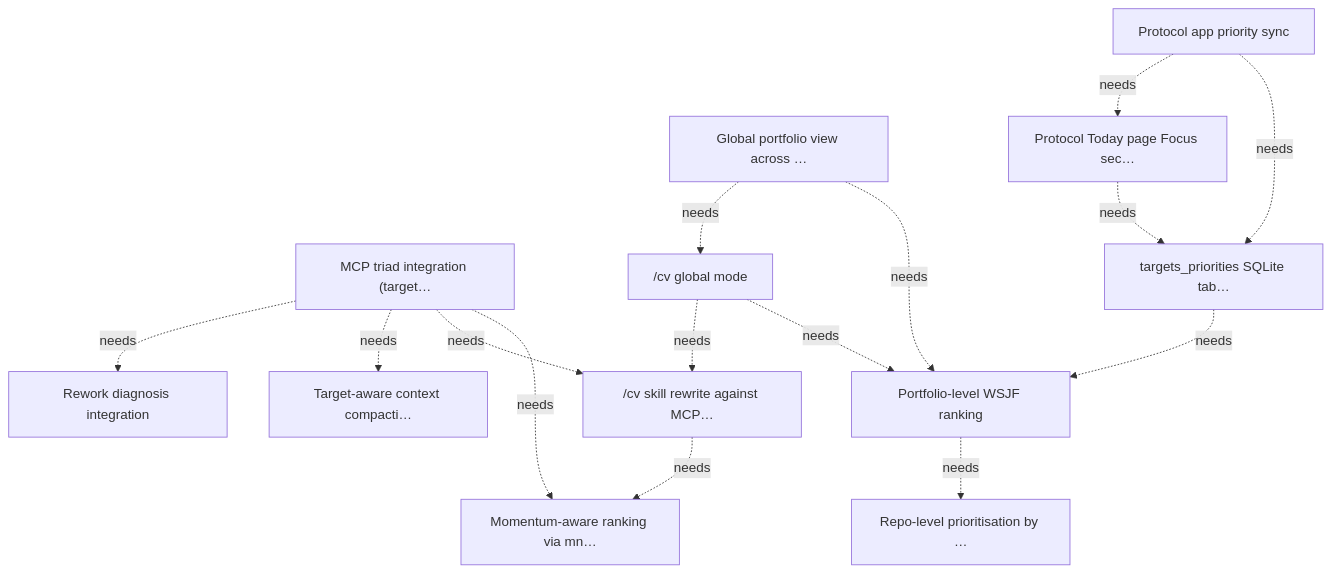
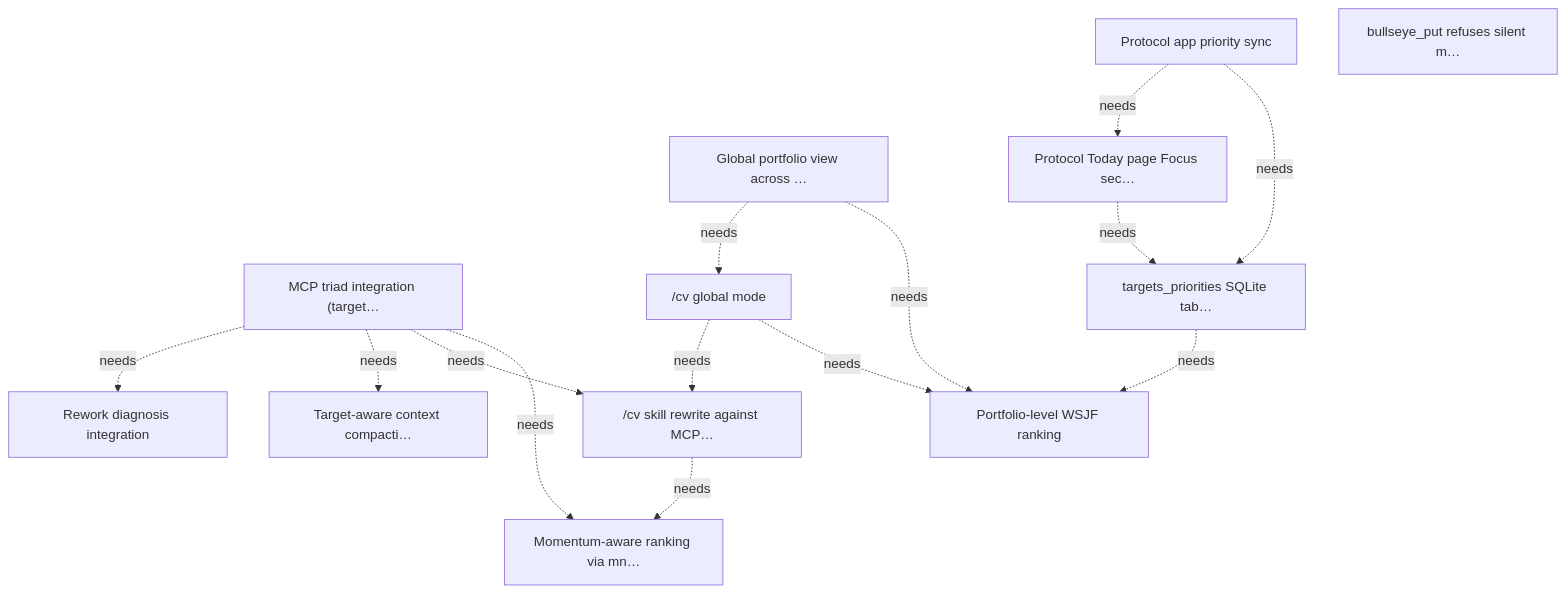
Before and after one commit to marcelocantos/bullseye: the diagram in docs/targets.md, drawn with Mermaid. The commit also changed other lines of this file and 2 other files, not shown here.

First line of the commit message:
Reject content patches on achieved targets in bullseye_put (🎯T8) (#28)

````diff
--- a/docs/targets.md
+++ b/docs/targets.md
@@ -390,29 +406,28 @@
 ```mermaid
 graph TD
     T1["MCP triad integration (target…"]
     T1_2["Momentum-aware ranking via mn…"]
     T1_3["/cv skill rewrite against MCP…"]
     T1_4["Target-aware context compacti…"]
     T1_5["Rework diagnosis integration"]
     T2["Global portfolio view across …"]
     T2_3["Portfolio-level WSJF ranking"]
     T2_4["/cv global mode"]
     T3["Protocol app priority sync"]
     T3_1["targets_priorities SQLite tab…"]
     T3_2["Protocol Today page Focus sec…"]
-    T7["Repo-level prioritisation by …"]
+    T8["bullseye_put refuses silent m…"]
     T1 -.->|needs| T1_2
     T1 -.->|needs| T1_3
     T1 -.->|needs| T1_4
     T1 -.->|needs| T1_5
     T1_3 -.->|needs| T1_2
     T2 -.->|needs| T2_3
     T2 -.->|needs| T2_4
-    T2_3 -.->|needs| T7
     T2_4 -.->|needs| T2_3
     T2_4 -.->|needs| T1_3
     T3 -.->|needs| T3_1
     T3 -.->|needs| T3_2
     T3_1 -.->|needs| T2_3
     T3_2 -.->|needs| T3_1
 ```
````
